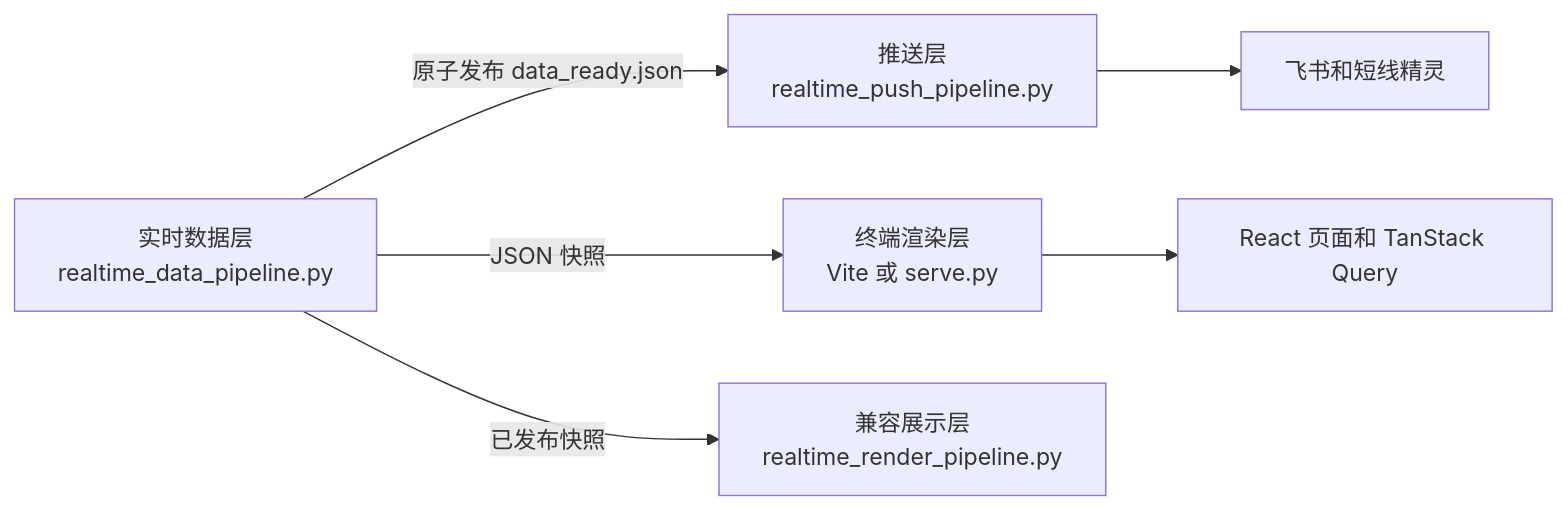
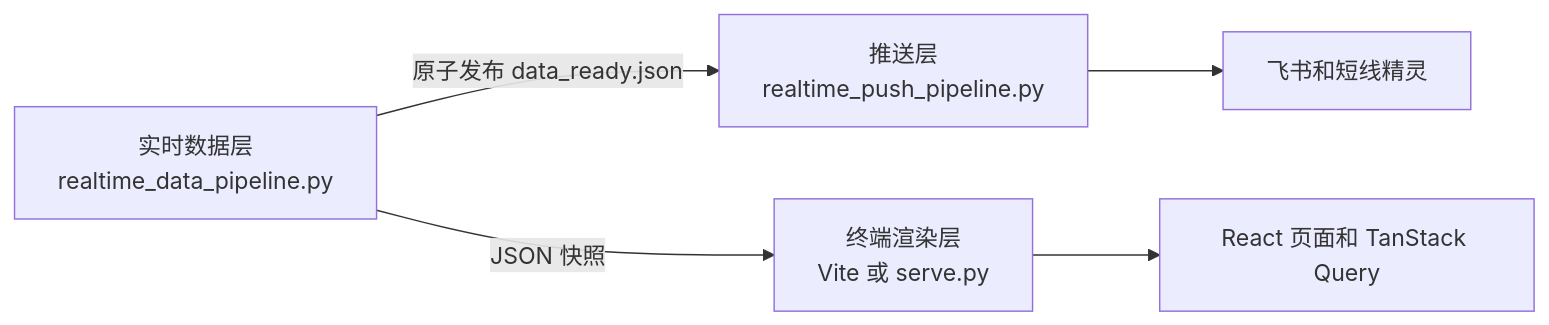
The diagram in docs/realtime-architecture.md (zxl7/limao-terminal), drawn with Mermaid before and after one commit. The commit also changed other lines of this file and 17 other files, not shown here.

First line of the commit message:
feat(flow): 添加盘中实时板块资金流数据支持

````diff
--- a/docs/realtime-architecture.md
+++ b/docs/realtime-architecture.md
@@ -5,8 +5,7 @@
 ```mermaid
 flowchart LR
   A[实时数据层\nrealtime_data_pipeline.py] -->|原子发布 data_ready.json| B[推送层\nrealtime_push_pipeline.py]
   A -->|JSON 快照| C[终端渲染层\nVite 或 serve.py]
-  A -->|已发布快照| D[兼容展示层\nrealtime_render_pipeline.py]
   B --> E[飞书和短线精灵]
   C --> F[React 页面和 TanStack Query]
 ```
````
